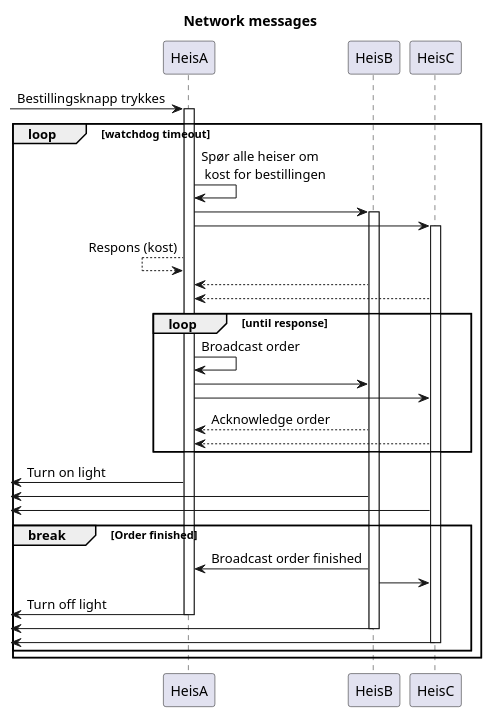
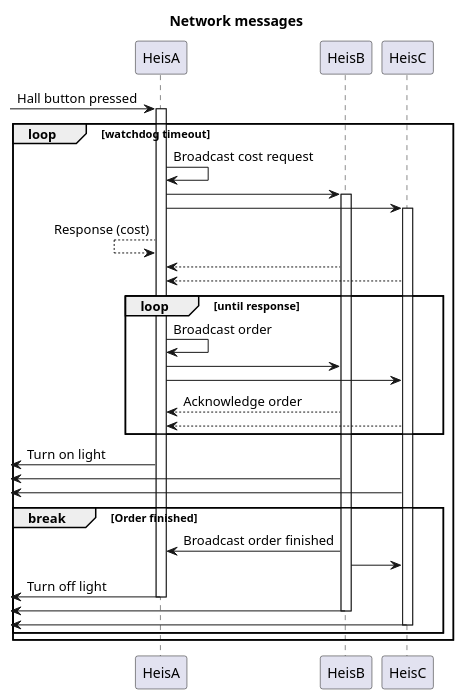
One commit to bjornksa/TTK4145 changed the diagram in uml-mm/network_sequence.iuml. Above: the diagram before and after it, drawn with PlantUML. The commit also changed 1 other file, not shown here.

Commit message:
Add network fail diagram

```diff
--- a/uml-mm/network_sequence.iuml
+++ b/uml-mm/network_sequence.iuml
@@ -1,56 +1,56 @@
 @startuml Network sequence
 
 title Network messages
 
 participant HeisA as A
 participant HeisB as B
 participant HeisC as C
 
 
 
 
 
- -> A: Bestillingsknapp trykkes
+ -> A: Hall button pressed
  activate A
 
 loop watchdog timeout
 
-    A -> A: Spør alle heiser om\n kost for bestillingen
+    A -> A: Broadcast cost request
     A -> B
     activate B
     A -> C
     activate C
 
-    A <-- A: Respons (kost)
+    A <-- A: Response (cost)
     A <-- B
     A <-- C
 
 
     loop until response
     A -> A: Broadcast order
     A -> B
     A -> C
 
     A <-- B: Acknowledge order
     A <-- C
     end
 
     <- A: Turn on light
     <- B
     <- C
 
     break Order finished
         B -> A: Broadcast order finished
         B -> C
     <- A: Turn off light
     deactivate A
     <- B
         deactivate B
     <- C
         deactivate C
 
 end
 end
 
 
 @enduml
```
